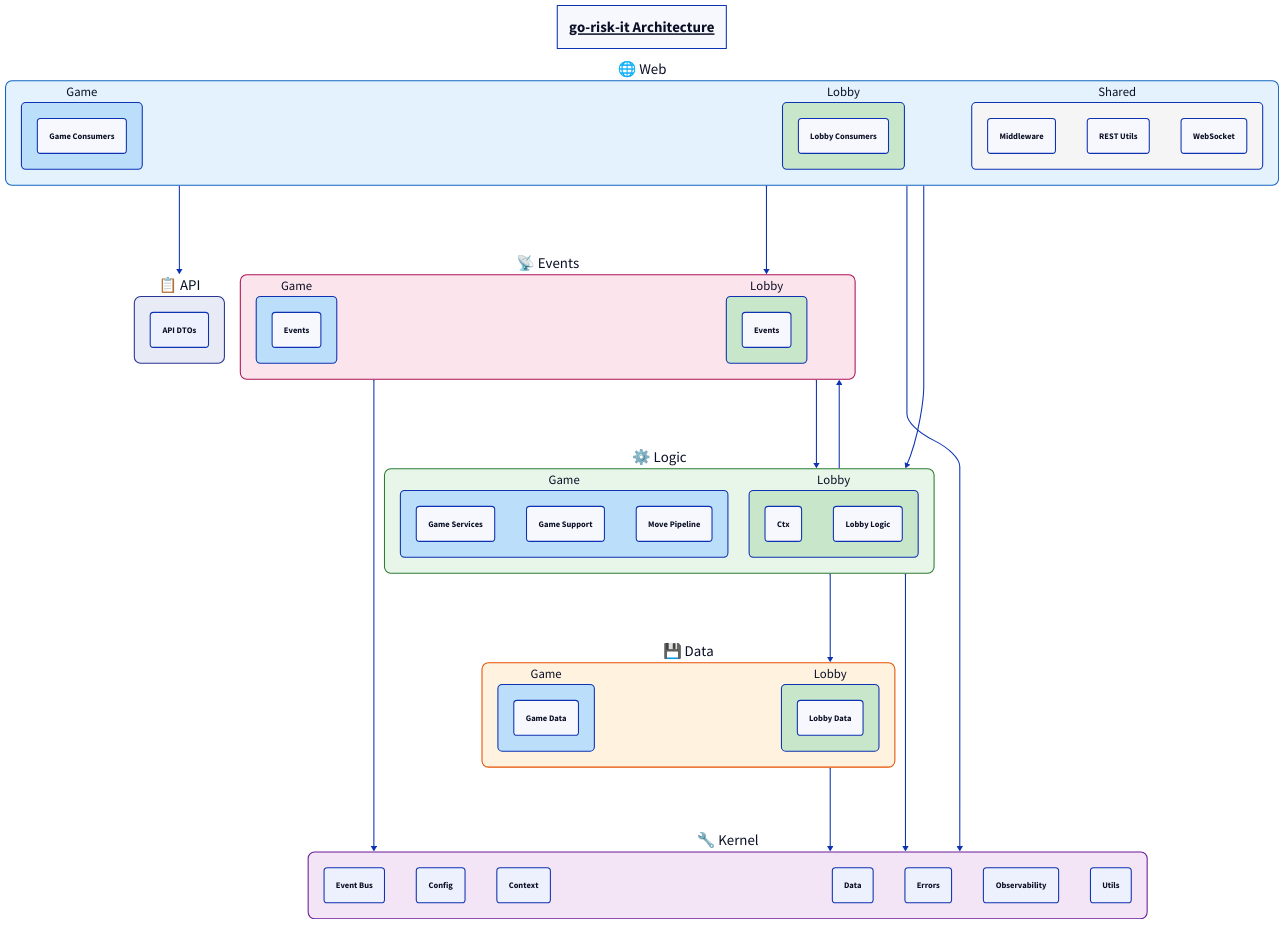
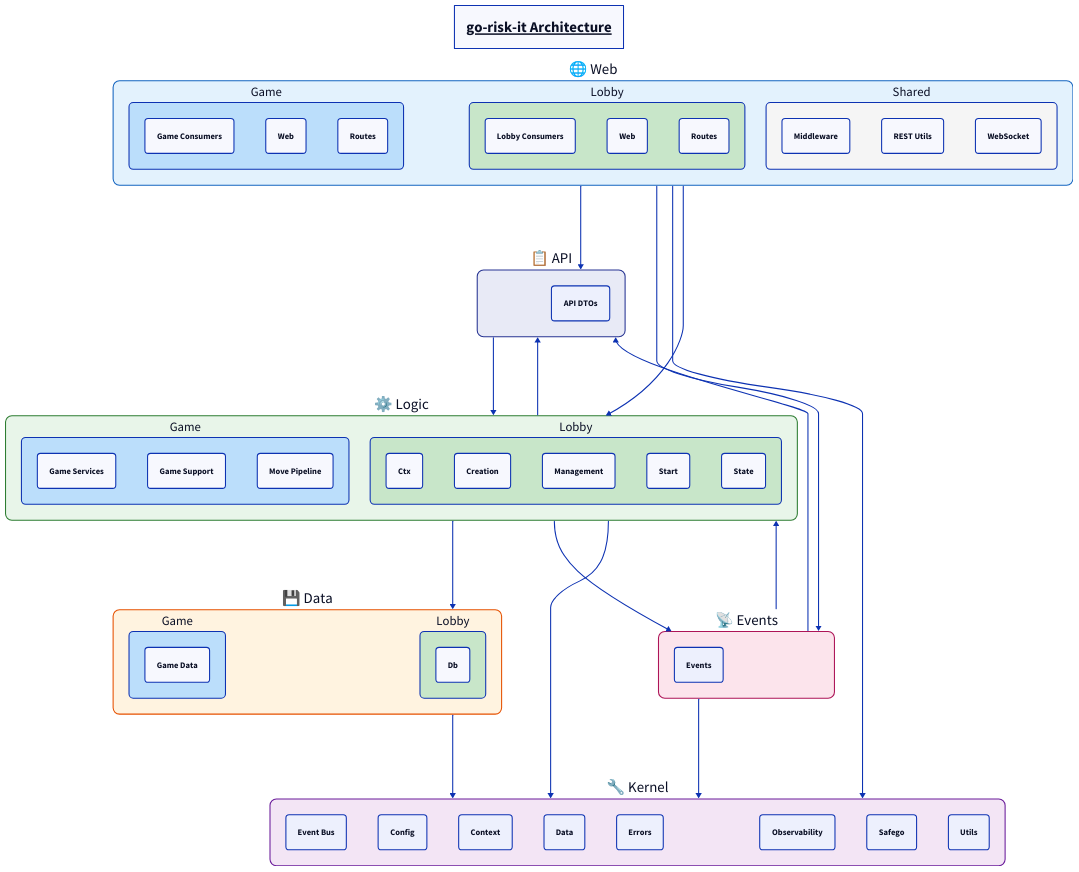
Before and after one commit to go-risk-it/go-risk-it: the diagram in docs/architecture-diagram.d2, drawn with D2. The commit also changed 117 other files, not shown here.

```diff
--- a/docs/architecture-diagram.d2
+++ b/docs/architecture-diagram.d2
@@ -1,160 +1,176 @@
 # Architecture diagram — auto-generated by cmd/archdiagram.
 # Do not edit manually; run 'make diagrams' to regenerate.
 
 title: go-risk-it Architecture {
   near: top-center
   style.font-size: 28
   style.underline: true
 }
 
 direction: down
 
 api: "📋 API" {
   style.fill: "#E8EAF6"
   style.stroke: "#283593"
   style.border-radius: 12
   api_dtos: "API DTOs" {
     style.border-radius: 6
   }
 }
 
 web: "🌐 Web" {
   style.fill: "#E3F2FD"
   style.stroke: "#1565C0"
   style.border-radius: 12
   game: "Game" {
     style.fill: "#BBDEFB"
     style.border-radius: 8
     game_consumers: "Game Consumers" {
       style.border-radius: 6
     }
+    game_web: "Web" {
+      style.border-radius: 6
+    }
+    game_web_routes: "Routes" {
+      style.border-radius: 6
+    }
   }
   lobby: "Lobby" {
     style.fill: "#C8E6C9"
     style.border-radius: 8
     lobby_consumers: "Lobby Consumers" {
+      style.border-radius: 6
+    }
+    lobby_web: "Web" {
+      style.border-radius: 6
+    }
+    lobby_web_routes: "Routes" {
       style.border-radius: 6
     }
   }
   shared: "Shared" {
     style.fill: "#F5F5F5"
     style.border-radius: 8
     middleware: "Middleware" {
       style.border-radius: 6
     }
     rest_utils: "REST Utils" {
       style.border-radius: 6
     }
     websocket: "WebSocket" {
       style.border-radius: 6
     }
   }
 }
 
 events: "📡 Events" {
   style.fill: "#FCE4EC"
   style.stroke: "#AD1457"
   style.border-radius: 12
-  game: "Game" {
-    style.fill: "#BBDEFB"
-    style.border-radius: 8
-    game_events: "Events" {
-      style.border-radius: 6
-    }
-  }
-  lobby: "Lobby" {
-    style.fill: "#C8E6C9"
-    style.border-radius: 8
-    lobby_events: "Events" {
-      style.border-radius: 6
-    }
+  lobby_events: "Events" {
+    style.border-radius: 6
   }
 }
 
 logic: "⚙️ Logic" {
   style.fill: "#E8F5E9"
   style.stroke: "#2E7D32"
   style.border-radius: 12
   game: "Game" {
     style.fill: "#BBDEFB"
     style.border-radius: 8
     game_services: "Game Services" {
       style.border-radius: 6
     }
     game_support: "Game Support" {
       style.border-radius: 6
     }
     move_pipeline: "Move Pipeline" {
       style.border-radius: 6
     }
   }
   lobby: "Lobby" {
     style.fill: "#C8E6C9"
     style.border-radius: 8
     lobby_ctx: "Ctx" {
       style.border-radius: 6
     }
-    lobby_logic: "Lobby Logic" {
+    lobby_internal_logic_creation: "Creation" {
+      style.border-radius: 6
+    }
+    lobby_internal_logic_management: "Management" {
+      style.border-radius: 6
+    }
+    lobby_internal_logic_start: "Start" {
+      style.border-radius: 6
+    }
+    lobby_internal_logic_state: "State" {
       style.border-radius: 6
     }
   }
 }
 
 data: "💾 Data" {
   style.fill: "#FFF3E0"
   style.stroke: "#E65100"
   style.border-radius: 12
   game: "Game" {
     style.fill: "#BBDEFB"
     style.border-radius: 8
     game_data: "Game Data" {
       style.border-radius: 6
     }
   }
   lobby: "Lobby" {
     style.fill: "#C8E6C9"
     style.border-radius: 8
-    lobby_data: "Lobby Data" {
+    lobby_internal_data_db: "Db" {
       style.border-radius: 6
     }
   }
 }
 
 kernel: "🔧 Kernel" {
   style.fill: "#F3E5F5"
   style.stroke: "#6A1B9A"
   style.border-radius: 12
   kernel_bus: "Event Bus" {
     style.border-radius: 6
   }
   kernel_config: "Config" {
     style.border-radius: 6
   }
   kernel_ctx: "Context" {
     style.border-radius: 6
   }
   kernel_data: "Data" {
     style.border-radius: 6
   }
   kernel_errors: "Errors" {
     style.border-radius: 6
   }
   kernel_observability: "Observability" {
     style.border-radius: 6
   }
+  kernel_safego: "Safego" {
+    style.border-radius: 6
+  }
   kernel_utils: "Utils" {
     style.border-radius: 6
   }
 }
 
 # Cross-layer dependencies (container-to-container)
+api -> logic
 data -> kernel
+events -> api
 events -> kernel
 events -> logic
+logic -> api
 logic -> data
 logic -> events
 logic -> kernel
 web -> api
 web -> events
 web -> kernel
 web -> logic
```
